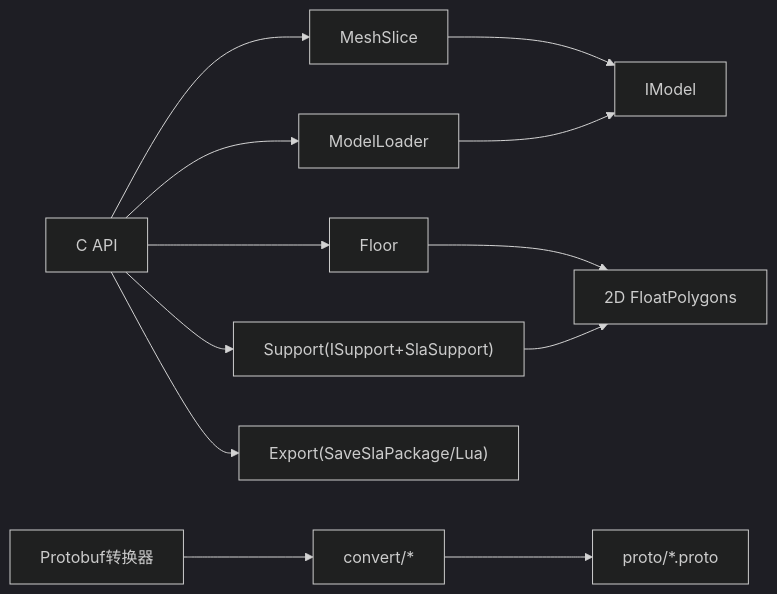
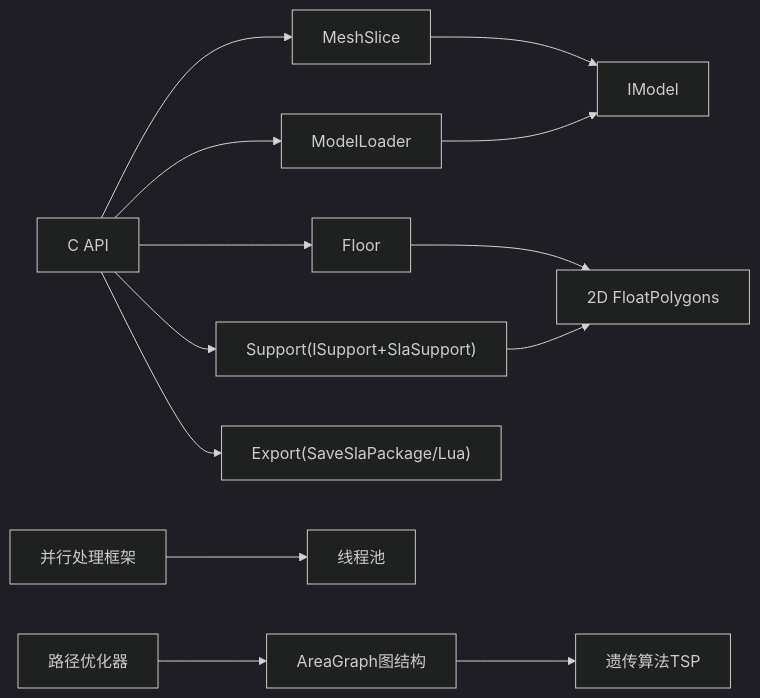
Diagram 13 of 13 in .qoder/repowiki/zh/content/核心模块详解/SLA立体光刻流水线.md (hsmbanlance/HsBaSlicer), drawn with Mermaid (dark theme) before and after one commit. The commit also changed other lines of this file and 20 other files, not shown here.

````diff
--- a/.qoder/repowiki/zh/content/核心模块详解/SLA立体光刻流水线.md
+++ b/.qoder/repowiki/zh/content/核心模块详解/SLA立体光刻流水线.md
@@ -443,14 +572,15 @@
 ```mermaid
 graph LR
 CAPI["C API"] --> Pre["ModelLoader"]
 CAPI --> Slice["MeshSlice"]
 CAPI --> Floor["Floor"]
 CAPI --> Supp["Support(ISupport+SlaSupport)"]
 CAPI --> Export["Export(SaveSlaPackage/Lua)"]
-ProtoConvert["Protobuf转换器"] --> MsgConvert["convert/*"]
-MsgConvert --> ProtoDefs["proto/*.proto"]
+Parallel["并行处理框架"] --> ThreadPool["线程池"]
+PathOpt["路径优化器"] --> AreaGraph["AreaGraph图结构"]
+AreaGraph --> GeneticTSP["遗传算法TSP"]
 Floor --> Poly["2D FloatPolygons"]
 Supp --> Poly
 Slice --> IModel["IModel"]
 Pre --> IModel
 ```
````
